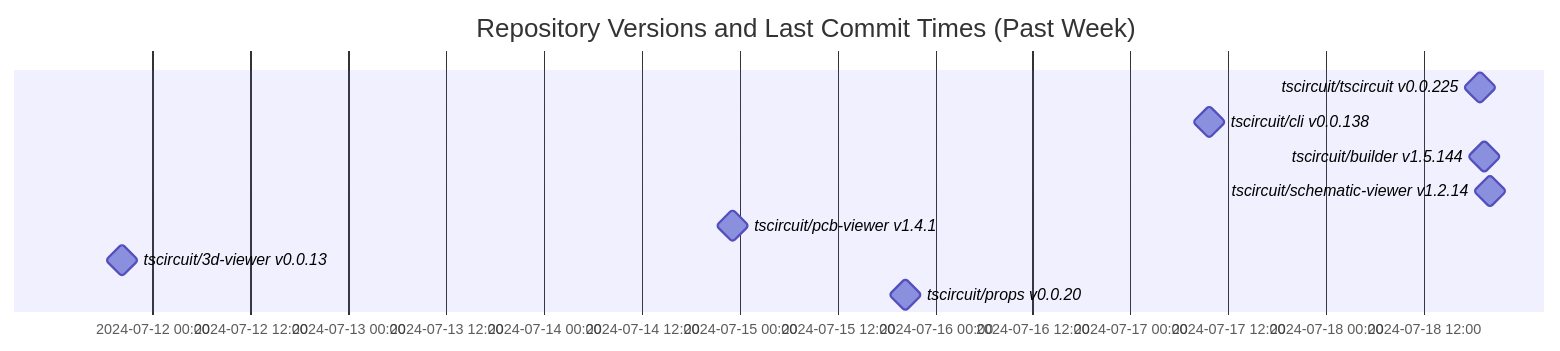
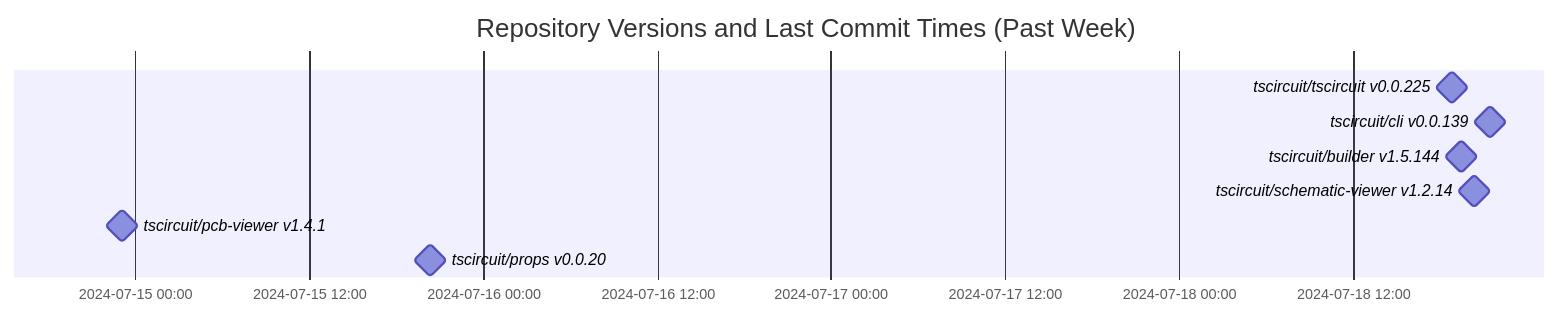
Before and after one commit to tscircuit/version-tracker: the diagram in README.md, drawn with Mermaid.

Commit message:
Update chart

````diff
--- a/README.md
+++ b/README.md
@@ -1,14 +1,13 @@
 ```mermaid
 gantt
   dateFormat  YYYY-MM-DD HH:mm:ss
   title Repository Versions and Last Commit Times (Past Week)
   axisFormat %Y-%m-%d %H:%M
 
   tscircuit/tscircuit v0.0.225 : milestone, 2024-07-18 18:49:54, 1s
-  tscircuit/cli v0.0.138 : milestone, 2024-07-17 09:35:36, 1s
+  tscircuit/cli v0.0.139 : milestone, 2024-07-18 21:27:51, 1s
   tscircuit/builder v1.5.144 : milestone, 2024-07-18 19:27:51, 1s
-  tscircuit/schematic-viewer v1.2.14 : milestone, 2024-07-18 20:07:00, 1s
+  tscircuit/schematic-viewer v1.2.14 : milestone, 2024-07-18 20:20:40, 1s
   tscircuit/pcb-viewer v1.4.1 : milestone, 2024-07-14 23:05:20, 1s
-  tscircuit/3d-viewer v0.0.13 : milestone, 2024-07-11 20:12:35, 1s
   tscircuit/props v0.0.20 : milestone, 2024-07-15 20:19:59, 1s
 ```
````
